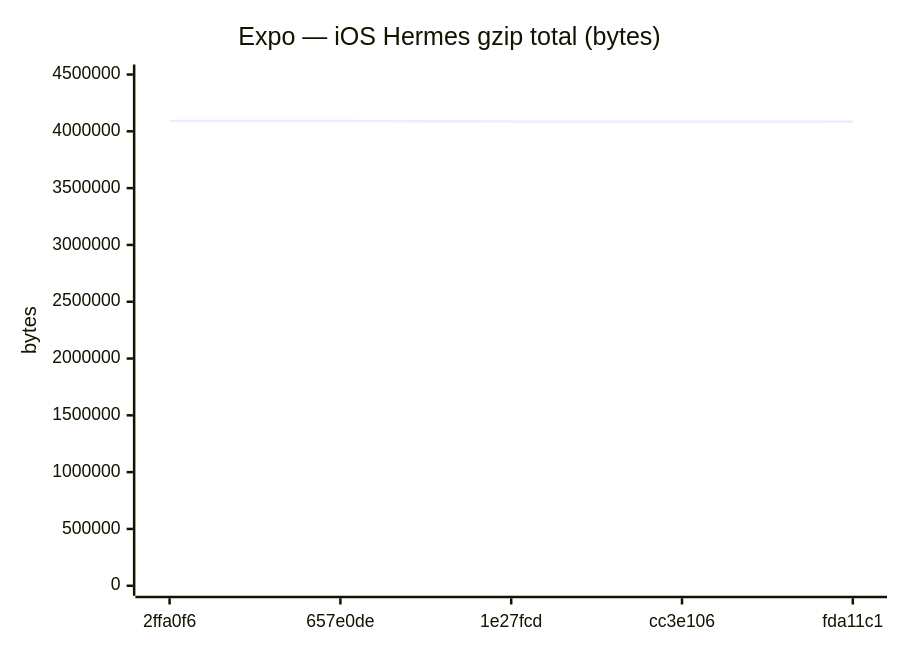
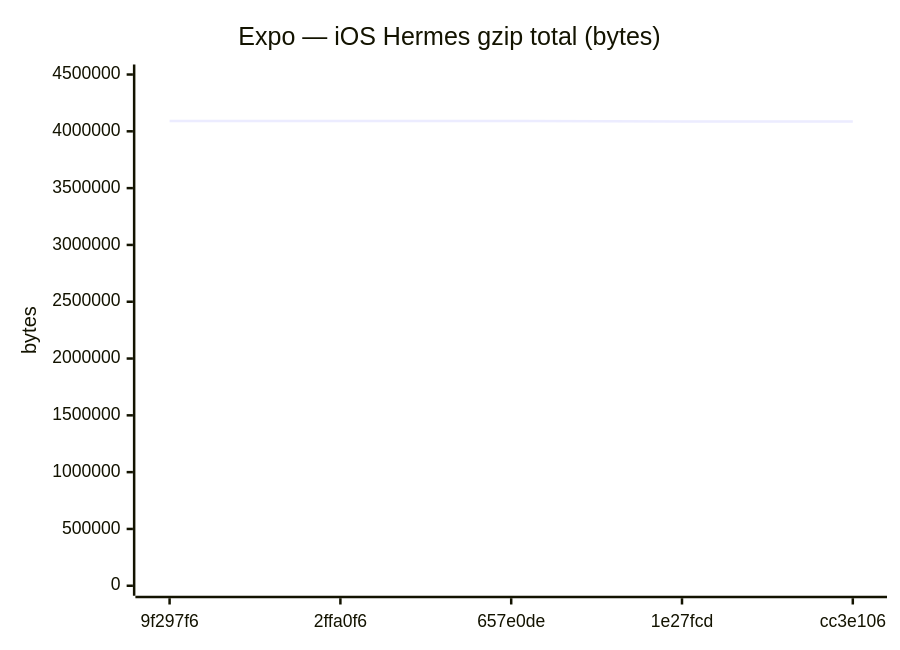
Before and after one commit to Metaheurist/Rianell: diagram 12 of 18 in benchmarks/compare.md, drawn with Mermaid. The commit also changed other lines of this file and 11 other files, not shown here.

````diff
--- a/benchmarks/compare.md
+++ b/benchmarks/compare.md
@@ -179,7 +179,7 @@
 ```mermaid
 xychart-beta
     title "Expo — iOS Hermes gzip total (bytes)"
-    x-axis ["2ffa0f6", "657e0de", "1e27fcd", "cc3e106", "fda11c1"]
-    y-axis "bytes" 0 --> 4500157
-    line [4091051, 4090884, 4087417, 4087412, 4084812]
+    x-axis ["9f297f6", "2ffa0f6", "657e0de", "1e27fcd", "cc3e106"]
+    y-axis "bytes" 0 --> 4500158
+    line [4091052, 4091051, 4090884, 4087417, 4087412]
 ```
````
